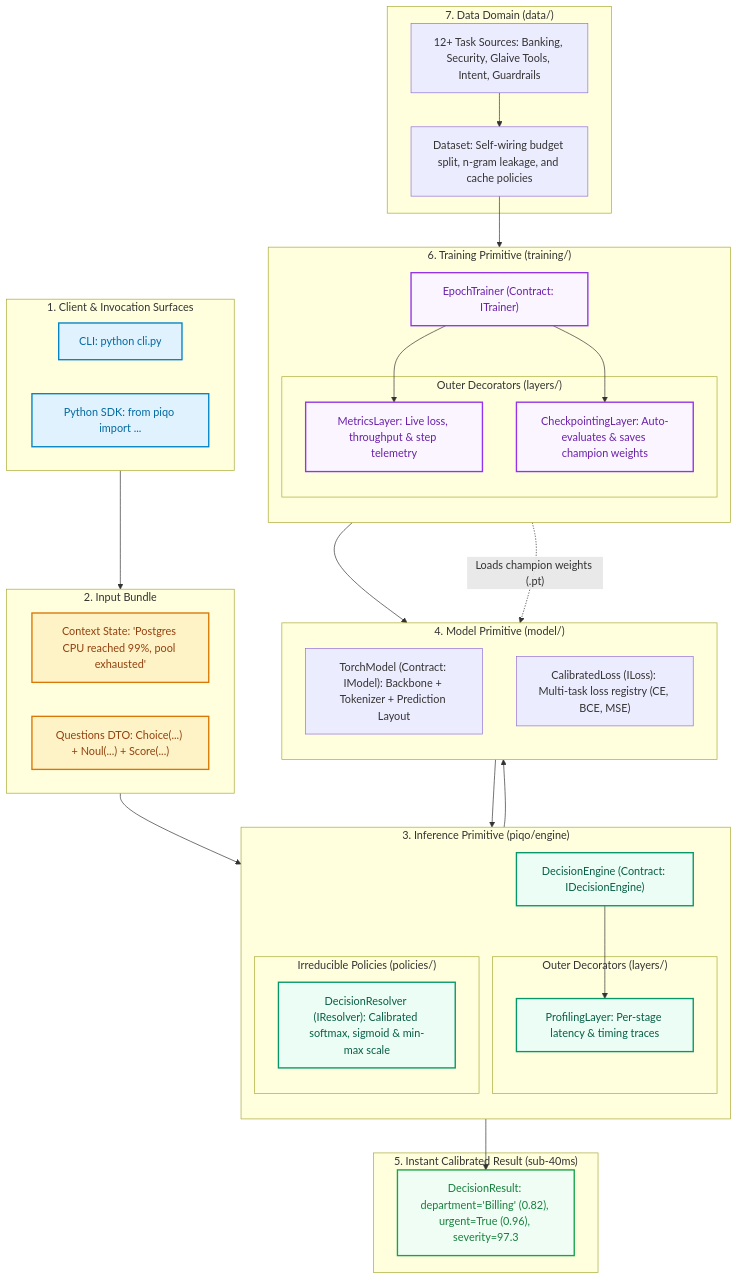
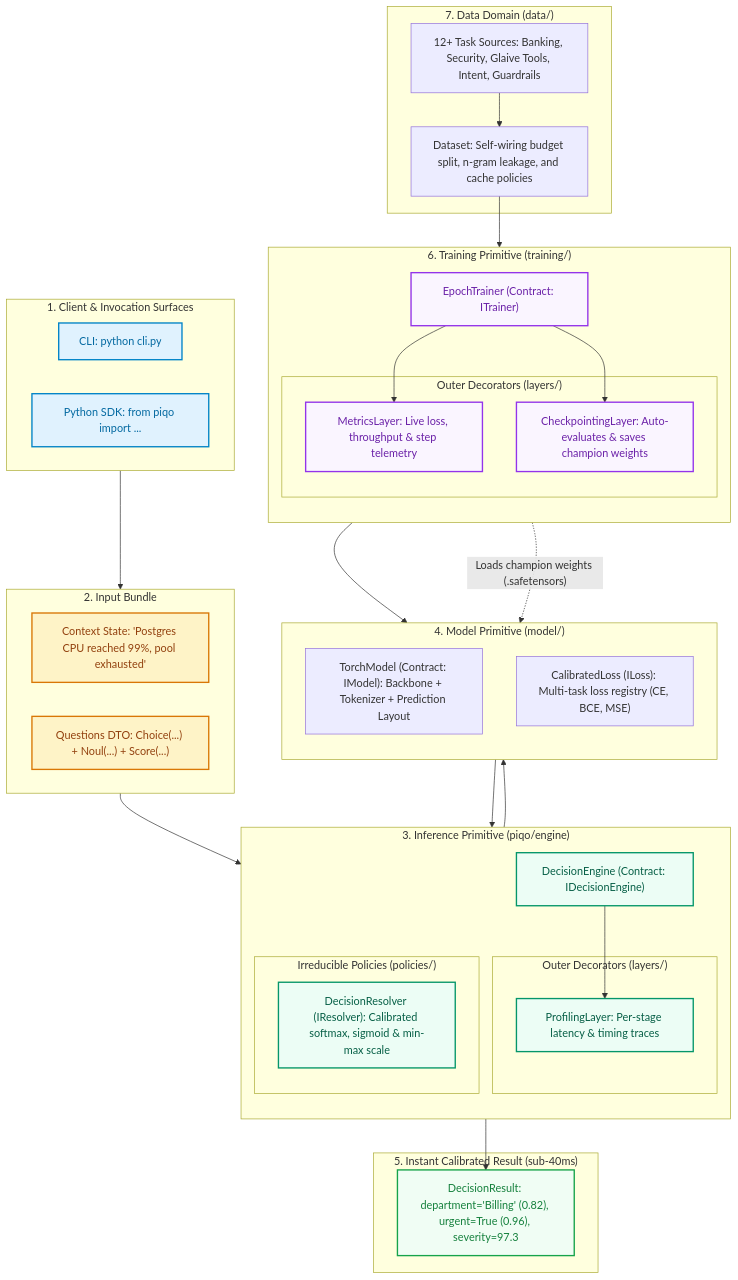
The diagram in README.md (MrRazor22/NanoLLM), drawn with Mermaid before and after one commit. The commit also changed other lines of this file and 20 other files, not shown here.

````diff
--- a/README.md
+++ b/README.md
@@ -9,81 +9,81 @@
 ```mermaid
 flowchart TD
     classDef client fill:#e0f2fe,stroke:#0284c7,stroke-width:2px,color:#0369a1;
     classDef input fill:#fef3c7,stroke:#d97706,stroke-width:2px,color:#92400e;
     classDef engine fill:#ecfdf5,stroke:#059669,stroke-width:2px,color:#065f46;
     classDef output fill:#f0fdf4,stroke:#16a34a,stroke-width:2px,color:#15803d;
     classDef trainer fill:#faf5ff,stroke:#9333ea,stroke-width:2px,color:#6b21a8;
     classDef curriculum fill:#fff1f2,stroke:#e11d48,stroke-width:2px,color:#9f1239;
 
     subgraph Client ["1. Client & Invocation Surfaces"]
         CLI["CLI: python cli.py"]
         SDK["Python SDK: from piqo import ..."]
     end
 
     subgraph Inputs ["2. Input Bundle"]
         CTX["Context State: 'Postgres CPU reached 99%, pool exhausted'"]
         QS["Questions DTO: Choice(...) + Noul(...) + Score(...)"]
     end
 
     subgraph InferencePrimitive ["3. Inference Primitive (piqo/engine)"]
         direction TB
         DE["DecisionEngine (Contract: IDecisionEngine)"]
 
         subgraph InfLayers ["Outer Decorators (layers/)"]
             PROF["ProfilingLayer: Per-stage latency & timing traces"]
         end
 
         subgraph InfPolicies ["Irreducible Policies (policies/)"]
             RES["DecisionResolver (IResolver): Calibrated softmax, sigmoid & min-max scale"]
         end
     end
 
     subgraph ModelPrimitive ["4. Model Primitive (model/)"]
         direction TB
         MODEL["TorchModel (Contract: IModel): Backbone + Tokenizer + Prediction Layout"]
         LOSS["CalibratedLoss (ILoss): Multi-task loss registry (CE, BCE, MSE)"]
     end
 
     subgraph Outputs ["5. Instant Calibrated Result (sub-40ms)"]
         RES_OUT["DecisionResult: department='Billing' (0.82), urgent=True (0.96), severity=97.3"]
     end
 
     subgraph TrainingPrimitive ["6. Training Primitive (training/)"]
         direction TB
         ET["EpochTrainer (Contract: ITrainer)"]
 
         subgraph TrainLayers ["Outer Decorators (layers/)"]
             METRICS["MetricsLayer: Live loss, throughput & step telemetry"]
             CKPT["CheckpointingLayer: Auto-evaluates & saves champion weights"]
         end
     end
 
     subgraph DataEngine ["7. Data Domain (data/)"]
         SOURCES["12+ Task Sources: Banking, Security, Glaive Tools, Intent, Guardrails"]
         TDS["Dataset: Self-wiring budget split, n-gram leakage, and cache policies"]
     end
 
     %% Inference Flow
     Client --> Inputs
     Inputs --> DE
     DE --> PROF
     PROF --> MODEL
     MODEL --> RES
     RES --> RES_OUT
 
     %% Training Flow
     SOURCES --> TDS
     TDS --> ET
     ET --> MODEL
     ET --> METRICS
     ET --> CKPT
-    CKPT -. "Loads champion weights (.pt)" .-> MODEL
+    CKPT -. "Loads champion weights (.safetensors)" .-> MODEL
 
     class CLI,SDK client;
     class CTX,QS input;
     class DE,PROF,RES engine;
     class MODEL,LOSS model;
     class RES_OUT output;
     class ET,METRICS,CKPT trainer;
     class SOURCES,TDS data;
 ```
````
